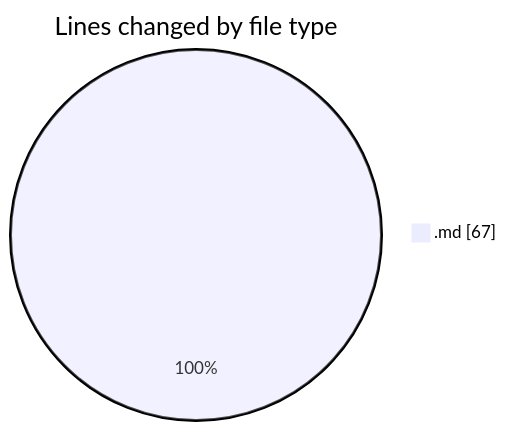
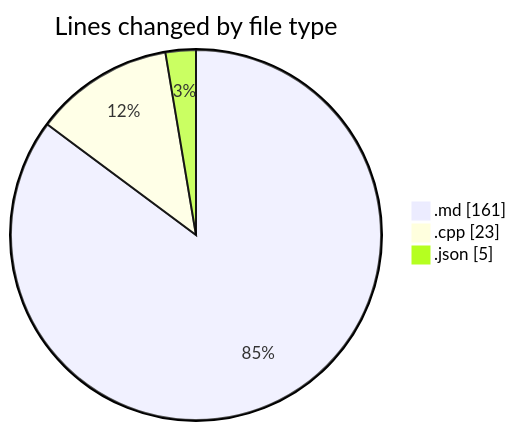
Before and after one commit to ernivani/code-tracking: the first of 2 diagrams in 2024-12-31/leetcode-solutions/README.md, drawn with Mermaid. The commit also changed other lines of this file and 1 other file, not shown here.

````diff
--- a/2024-12-31/leetcode-solutions/README.md
+++ b/2024-12-31/leetcode-solutions/README.md
@@ -20,5 +23,7 @@
 ```mermaid
 pie showData
 title Lines changed by file type
-".md" : 67
+".md" : 161
+".cpp" : 23
+".json" : 5
 ```
````
